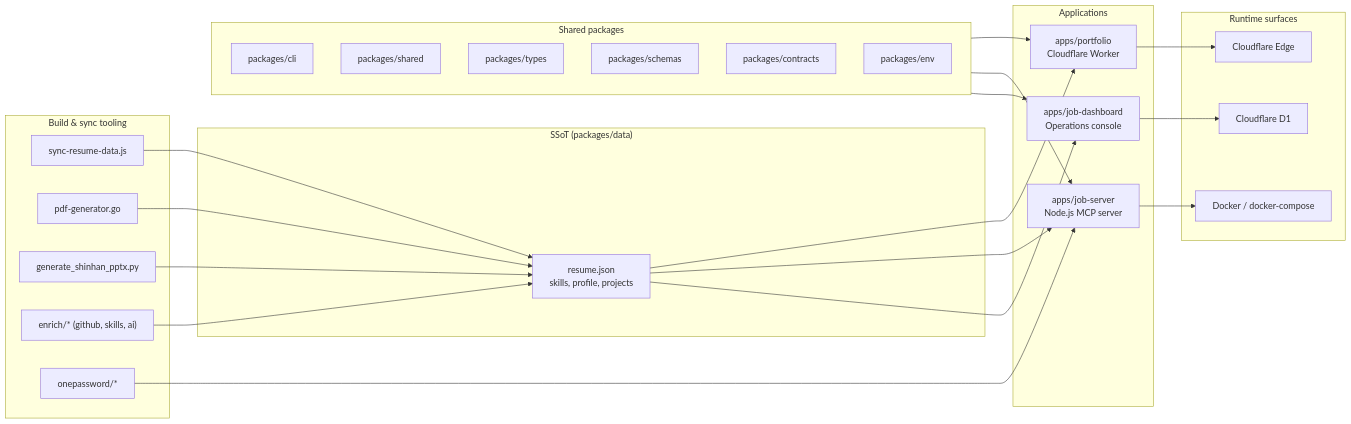
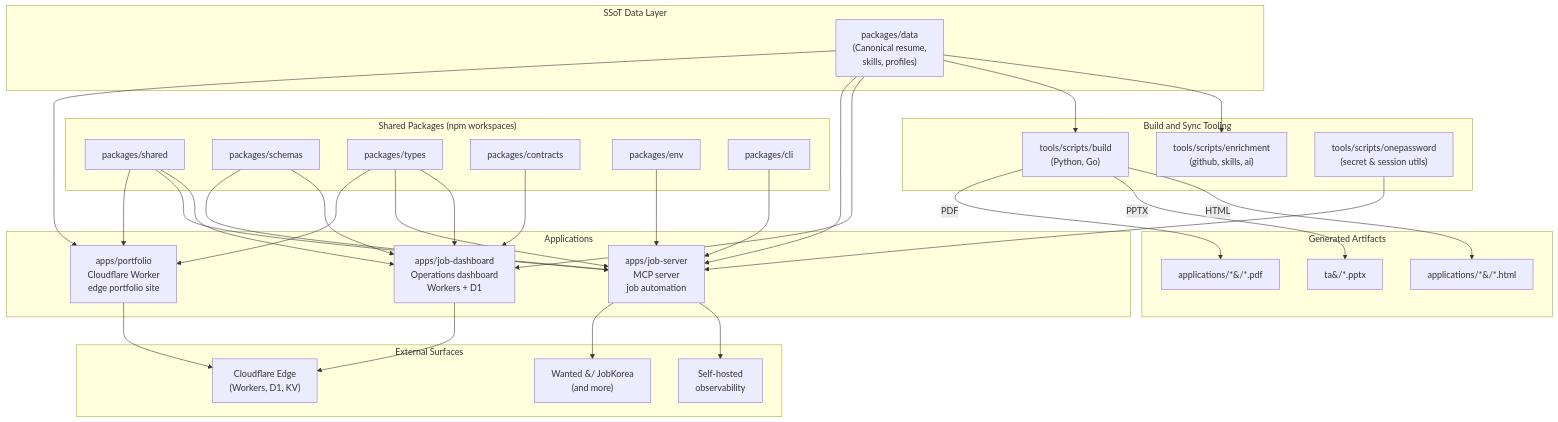
Before and after one commit to jclee941/resume: the diagram in README.md, drawn with Mermaid. The commit also changed other lines of this file, not shown here.

````diff
--- a/README.md
+++ b/README.md
@@ -76,53 +97,66 @@
 ```mermaid
-flowchart LR
-  subgraph SSoT["SSoT (packages/data)"]
-    DATA["resume.json<br/>skills, profile, projects"]
+flowchart TB
+  subgraph SSOT["SSoT Data Layer"]
+    DATA["packages/data<br/>(Canonical resume,<br/>skills, profiles)"]
   end
 
-  subgraph Apps["Applications"]
-    P["apps/portfolio<br/>Cloudflare Worker"]
-    JS["apps/job-server<br/>Node.js MCP server"]
-    JD["apps/job-dashboard<br/>Operations console"]
+  subgraph SHARED["Shared Packages (npm workspaces)"]
+    SHARED_PKG["packages/shared"]
+    SCHEMAS["packages/schemas"]
+    TYPES["packages/types"]
+    CONTRACTS["packages/contracts"]
+    ENV["packages/env"]
+    CLI["packages/cli"]
   end
 
-  subgraph Pkg["Shared packages"]
-    CLI["packages/cli"]
-    SHARED["packages/shared"]
-    TYPES["packages/types"]
-    SCHEMAS["packages/schemas"]
-    CONTRACTS["packages/contracts"]
-    ENV["packages/env"]
+  subgraph APPS["Applications"]
+    PORTFOLIO["apps/portfolio<br/>Cloudflare Worker<br/>edge portfolio site"]
+    JOBSERVER["apps/job-server<br/>MCP server<br/>job automation"]
+    JOBDASH["apps/job-dashboard<br/>Operations dashboard<br/>Workers + D1"]
   end
 
-  subgraph Tooling["Build &amp; sync tooling"]
-    SYNC["sync-resume-data.js"]
-    PDF["pdf-generator.go"]
-    PPTX["generate_shinhan_pptx.py"]
-    ENR["enrich/* (github, skills, ai)"]
-    OP["onepassword/*"]
+  subgraph TOOLS["Build and Sync Tooling"]
+    SYNC["tools/scripts/build<br/>(Python, Go)"]
+    ENRICH["tools/scripts/enrichment<br/>(github, skills, ai)"]
+    OPSCRIPTS["tools/scripts/onepassword<br/>(secret &amp; session utils)"]
   end
 
-  subgraph Runtime["Runtime surfaces"]
-    CF["Cloudflare Edge"]
-    DC["Docker / docker-compose"]
-    D1["Cloudflare D1"]
+  subgraph ARTIFACTS["Generated Artifacts"]
+    PDFOUT["applications/*&#47;*.pdf"]
+    PPTOUT["ta&#47;*.pptx"]
+    HTMLOUT["applications/*&#47;*.html"]
   end
 
-  DATA --> P
-  DATA --> JS
-  DATA --> JD
+  subgraph EXTERNAL["External Surfaces"]
+    CF["Cloudflare Edge<br/>(Workers, D1, KV)"]
+    PLATFORMS["Wanted &#47; JobKorea<br/>(and more)"]
+    OBS["Self-hosted<br/>observability"]
+  end
 
-  Pkg --> P
-  Pkg --> JS
-  Pkg --> JD
+  DATA --> PORTFOLIO
+  DATA --> JOBSERVER
+  DATA --> JOBDASH
+  SHARED_PKG --> PORTFOLIO
+  SHARED_PKG --> JOBSERVER
+  SHARED_PKG --> JOBDASH
+  SCHEMAS --> JOBSERVER
+  SCHEMAS --> JOBDASH
+  TYPES --> PORTFOLIO
+  TYPES --> JOBSERVER
+  TYPES --> JOBDASH
+  CONTRACTS --> JOBDASH
+  ENV --> JOBSERVER
+  CLI --> JOBSERVER
 
-  SYNC --> DATA
-  PDF --> DATA
-  PPTX --> DATA
-  ENR --> DATA
-  OP --> JS
+  DATA --> SYNC
+  SYNC -->|"PDF"| PDFOUT
+  SYNC -->|"PPTX"| PPTOUT
+  SYNC -->|"HTML"| HTMLOUT
+  DATA --> ENRICH
+  OPSCRIPTS --> JOBSERVER
 
-  P --> CF
-  JS --> DC
-  JD --> D1
+  PORTFOLIO --> CF
+  JOBDASH --> CF
+  JOBSERVER --> PLATFORMS
+  JOBSERVER --> OBS
 ```
````
